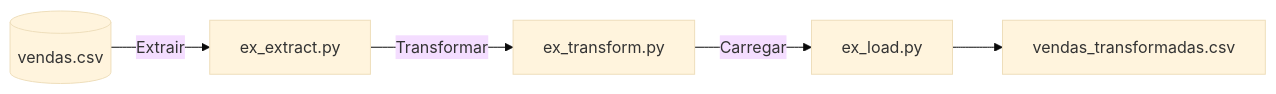
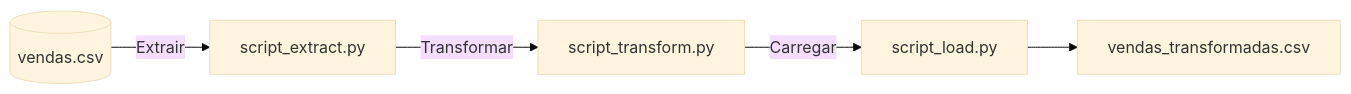
Before and after one commit to wellicfaria/classes: the third of 4 diagrams in slidev/pages/Arquitetura de Data Pipelines/0 - Data Pipelines.md, drawn with Mermaid (base theme). The commit also changed other lines of this file and 2 other files, not shown here.

````diff
--- a/slidev/pages/Arquitetura de Data Pipelines/0 - Data Pipelines.md
+++ b/slidev/pages/Arquitetura de Data Pipelines/0 - Data Pipelines.md
@@ -288,7 +224,7 @@
 ```mermaid
 flowchart LR
-    A[(vendas.csv)] -->|Extrair|B[ex_extract.py]
-    B -->|Transformar|C[ex_transform.py]
-    C -->|Carregar|D[ex_load.py]
+    A[(vendas.csv)] -->|Extrair|B[script_extract.py]
+    B -->|Transformar|C[script_transform.py]
+    C -->|Carregar|D[script_load.py]
     D --> E[vendas_transformadas.csv]
 ```
````
